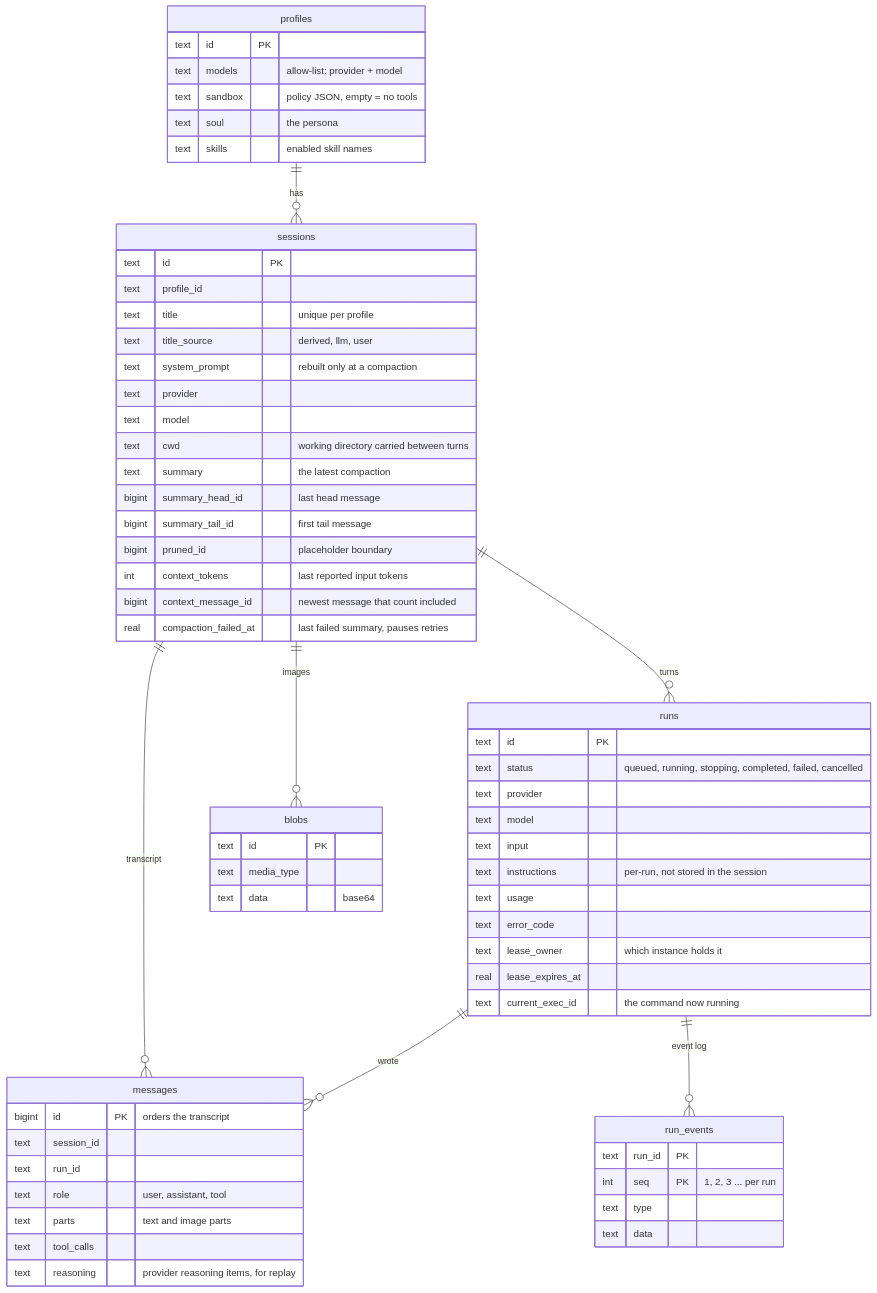
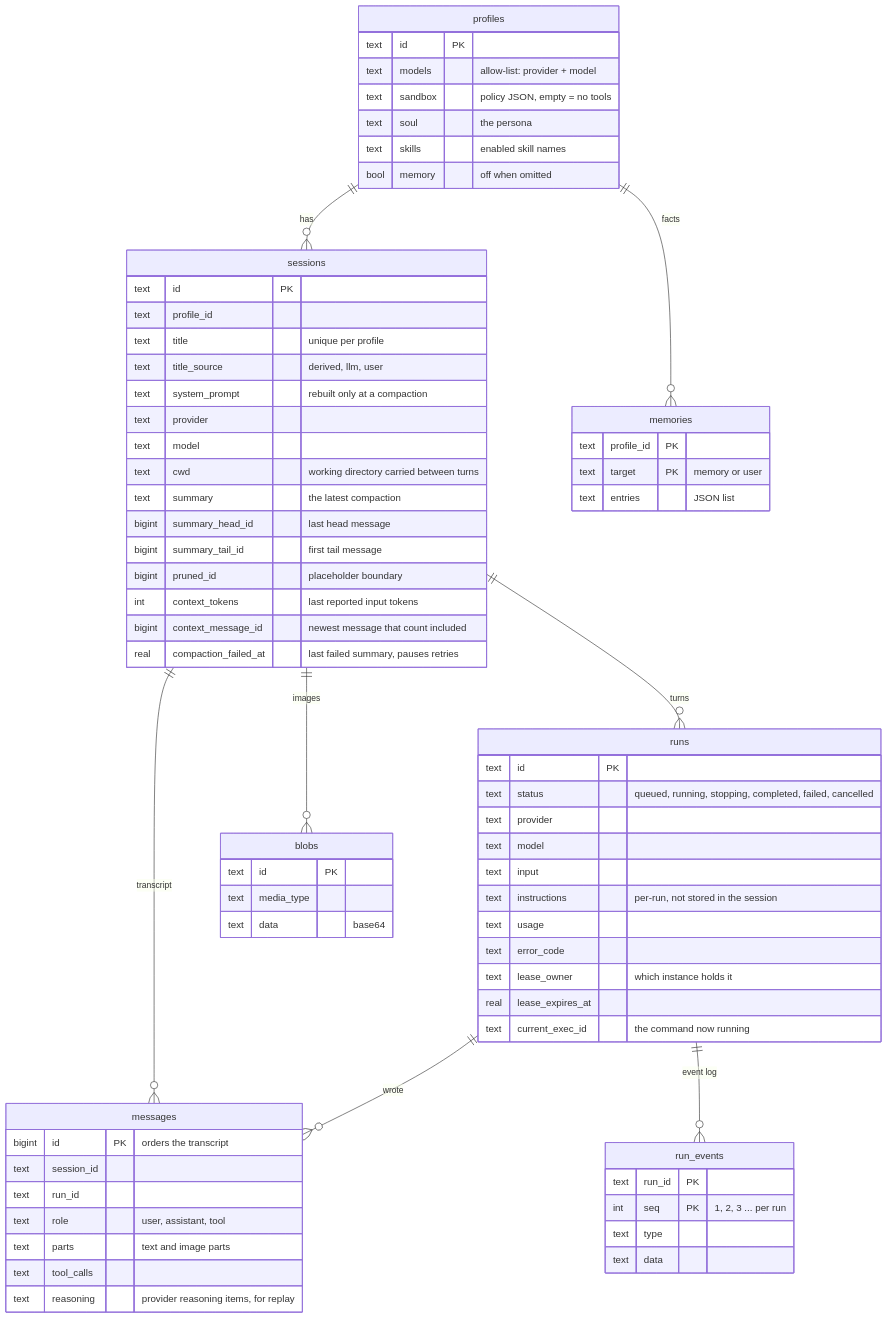
The second of 9 diagrams in docs/architecture.md (ryang420/agent-keel), drawn with Mermaid before and after one commit. The commit also changed other lines of this file and 9 other files, not shown here.

````diff
--- a/docs/architecture.md
+++ b/docs/architecture.md
@@ -96,67 +99,74 @@
 ```mermaid
 erDiagram
     profiles ||--o{ sessions : "has"
+    profiles ||--o{ memories : "facts"
     sessions ||--o{ messages : "transcript"
     sessions ||--o{ runs : "turns"
     sessions ||--o{ blobs : "images"
     runs ||--o{ run_events : "event log"
     runs ||--o{ messages : "wrote"
 
     profiles {
         text id PK
         text models "allow-list: provider + model"
         text sandbox "policy JSON, empty = no tools"
         text soul "the persona"
         text skills "enabled skill names"
+        bool memory "off when omitted"
+    }
+    memories {
+        text profile_id PK
+        text target PK "memory or user"
+        text entries "JSON list"
     }
     sessions {
         text id PK
         text profile_id
         text title "unique per profile"
         text title_source "derived, llm, user"
         text system_prompt "rebuilt only at a compaction"
         text provider
         text model
         text cwd "working directory carried between turns"
         text summary "the latest compaction"
         bigint summary_head_id "last head message"
         bigint summary_tail_id "first tail message"
         bigint pruned_id "placeholder boundary"
         int context_tokens "last reported input tokens"
         bigint context_message_id "newest message that count included"
         real compaction_failed_at "last failed summary, pauses retries"
     }
     messages {
         bigint id PK "orders the transcript"
         text session_id
         text run_id
         text role "user, assistant, tool"
         text parts "text and image parts"
         text tool_calls
         text reasoning "provider reasoning items, for replay"
     }
     runs {
         text id PK
         text status "queued, running, stopping, completed, failed, cancelled"
         text provider
         text model
         text input
         text instructions "per-run, not stored in the session"
         text usage
         text error_code
         text lease_owner "which instance holds it"
         real lease_expires_at
         text current_exec_id "the command now running"
     }
     run_events {
         text run_id PK
         int seq PK "1, 2, 3 ... per run"
         text type
         text data
     }
     blobs {
         text id PK
         text media_type
         text data "base64"
     }
 ```
````
